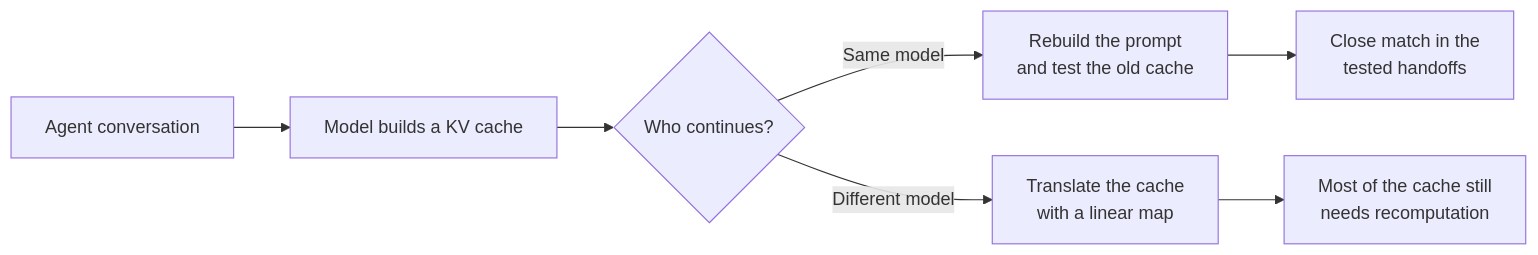
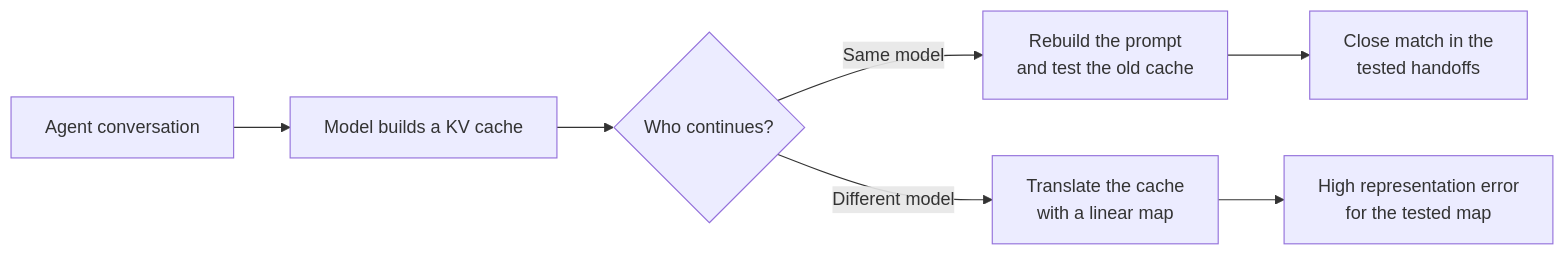
The diagram in README.md (hossainpazooki/linear-ceiling), drawn with Mermaid before and after one commit. The commit also changed other lines of this file and 2 other files, not shown here.

Commit message:
[Docs][Review] Record the Qwen cache audit and claim corrections

````diff
--- a/README.md
+++ b/README.md
@@ -10,9 +10,9 @@
 ```mermaid
 flowchart LR
     A[Agent conversation] --> B[Model builds a KV cache]
     B --> C{Who continues?}
     C -->|Same model| D[Rebuild the prompt<br/>and test the old cache]
     C -->|Different model| E[Translate the cache<br/>with a linear map]
     D --> F[Close match in the<br/>tested handoffs]
-    E --> G[Most of the cache still<br/>needs recomputation]
+    E --> G[High representation error<br/>for the tested map]
 ```
````
